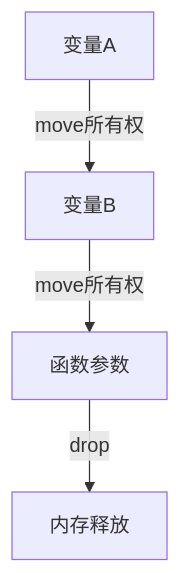
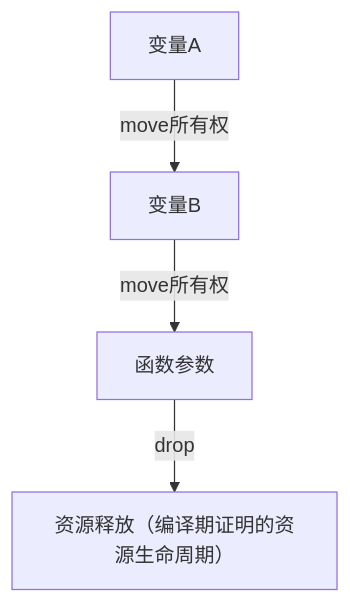
Before and after one commit to martin-ly/rust-lang: the first of 3 diagrams in docs/docs/language/core/01_ownership_borrowing/05_variable_analysis.md, drawn with Mermaid. The commit also changed other lines of this file and 51 other files, not shown here.

````diff
--- a/docs/docs/language/core/01_ownership_borrowing/05_variable_analysis.md
+++ b/docs/docs/language/core/01_ownership_borrowing/05_variable_analysis.md
@@ -131,6 +131,6 @@
 ```mermaid
 graph TD;
     A[变量A] -- move所有权 --> B[变量B];
     B -- move所有权 --> C[函数参数];
-    C -- drop --> D[内存释放];
+    C -- drop --> D[资源释放（编译期证明的资源生命周期）];
 ```
````
